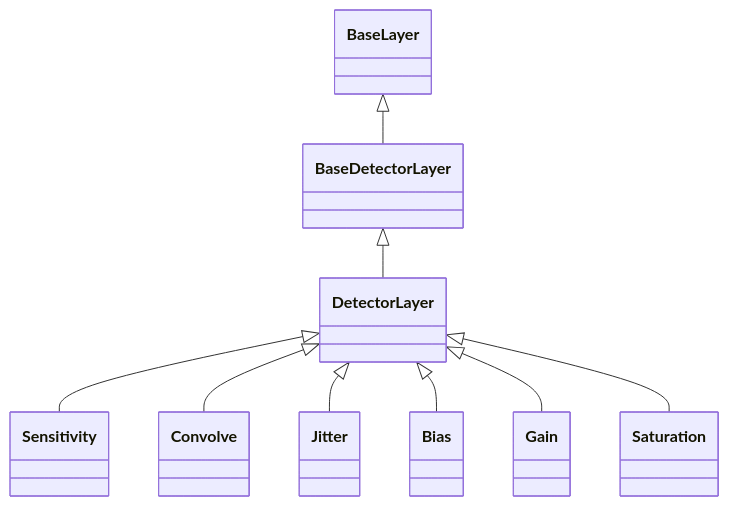
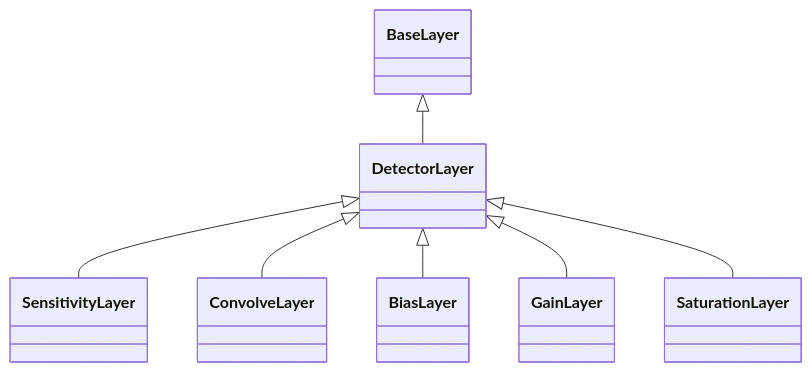
The diagram in docs/API/layers/detector.md (LouisDesdoigts/dLux), drawn with Mermaid before and after one commit. The commit also changed other lines of this file and 160 other files, not shown here.

````diff
--- a/docs/API/layers/detector.md
+++ b/docs/API/layers/detector.md
@@ -7,28 +7,23 @@
 ```mermaid
 classDiagram
-    class dLux_layers_detector_BaseDetectorLayer["BaseDetectorLayer"]
+    direction TB
     class dLux_layers_detector_DetectorLayer["DetectorLayer"]
-    class dLux_layers_detector_Sensitivity["Sensitivity"]
-    class dLux_layers_detector_Convolve["Convolve"]
-    class dLux_layers_detector_Jitter["Jitter"]
-    class dLux_layers_detector_Bias["Bias"]
-    class dLux_layers_detector_Gain["Gain"]
-    class dLux_layers_detector_Saturation["Saturation"]
-    class dLux_layers_optical_BaseLayer["BaseLayer"]
-    dLux_layers_optical_BaseLayer <|-- dLux_layers_detector_BaseDetectorLayer
-    click dLux_layers_detector_BaseDetectorLayer href "#dLux.layers.detector.BaseDetectorLayer" "Methods: apply()"
-    dLux_layers_detector_BaseDetectorLayer <|-- dLux_layers_detector_DetectorLayer
-    click dLux_layers_detector_DetectorLayer href "#dLux.layers.detector.DetectorLayer" "Methods: context()"
-    dLux_layers_detector_DetectorLayer <|-- dLux_layers_detector_Sensitivity
-    click dLux_layers_detector_Sensitivity href "#dLux.layers.detector.Sensitivity" "Attributes: response · Methods: apply()"
-    dLux_layers_detector_DetectorLayer <|-- dLux_layers_detector_Convolve
-    click dLux_layers_detector_Convolve href "#dLux.layers.detector.Convolve" "Attributes: kernel · Methods: apply()"
-    dLux_layers_detector_DetectorLayer <|-- dLux_layers_detector_Jitter
-    click dLux_layers_detector_Jitter href "#dLux.layers.detector.Jitter" "Attributes: profile, kernel_size, oversample · Methods: kernel(), apply()"
-    dLux_layers_detector_DetectorLayer <|-- dLux_layers_detector_Bias
-    click dLux_layers_detector_Bias href "#dLux.layers.detector.Bias" "Attributes: bias · Methods: apply()"
-    dLux_layers_detector_DetectorLayer <|-- dLux_layers_detector_Gain
-    click dLux_layers_detector_Gain href "#dLux.layers.detector.Gain" "Attributes: gain · Methods: context(), apply()"
-    dLux_layers_detector_DetectorLayer <|-- dLux_layers_detector_Saturation
-    click dLux_layers_detector_Saturation href "#dLux.layers.detector.Saturation" "Attributes: limit · Methods: apply()"
+    class dLux_layers_detector_SensitivityLayer["SensitivityLayer"]
+    class dLux_layers_detector_ConvolveLayer["ConvolveLayer"]
+    class dLux_layers_detector_BiasLayer["BiasLayer"]
+    class dLux_layers_detector_GainLayer["GainLayer"]
+    class dLux_layers_detector_SaturationLayer["SaturationLayer"]
+    class dLux_utils_sequential_BaseLayer["BaseLayer"]
+    dLux_utils_sequential_BaseLayer <|-- dLux_layers_detector_DetectorLayer
+    click dLux_layers_detector_DetectorLayer href "#dLux.layers.detector.DetectorLayer" "Methods: apply(), context(), __init__()"
+    dLux_layers_detector_DetectorLayer <|-- dLux_layers_detector_SensitivityLayer
+    click dLux_layers_detector_SensitivityLayer href "#dLux.layers.detector.SensitivityLayer" "Attributes: response · Methods: __init__(), apply()"
+    dLux_layers_detector_DetectorLayer <|-- dLux_layers_detector_ConvolveLayer
+    click dLux_layers_detector_ConvolveLayer href "#dLux.layers.detector.ConvolveLayer" "Attributes: kernel · Methods: __init__(), apply()"
+    dLux_layers_detector_DetectorLayer <|-- dLux_layers_detector_BiasLayer
+    click dLux_layers_detector_BiasLayer href "#dLux.layers.detector.BiasLayer" "Attributes: bias · Methods: __init__(), apply()"
+    dLux_layers_detector_DetectorLayer <|-- dLux_layers_detector_GainLayer
+    click dLux_layers_detector_GainLayer href "#dLux.layers.detector.GainLayer" "Attributes: gain · Methods: __init__(), context(), apply()"
+    dLux_layers_detector_DetectorLayer <|-- dLux_layers_detector_SaturationLayer
+    click dLux_layers_detector_SaturationLayer href "#dLux.layers.detector.SaturationLayer" "Attributes: limit · Methods: __init__(), apply()"
 ```
````
